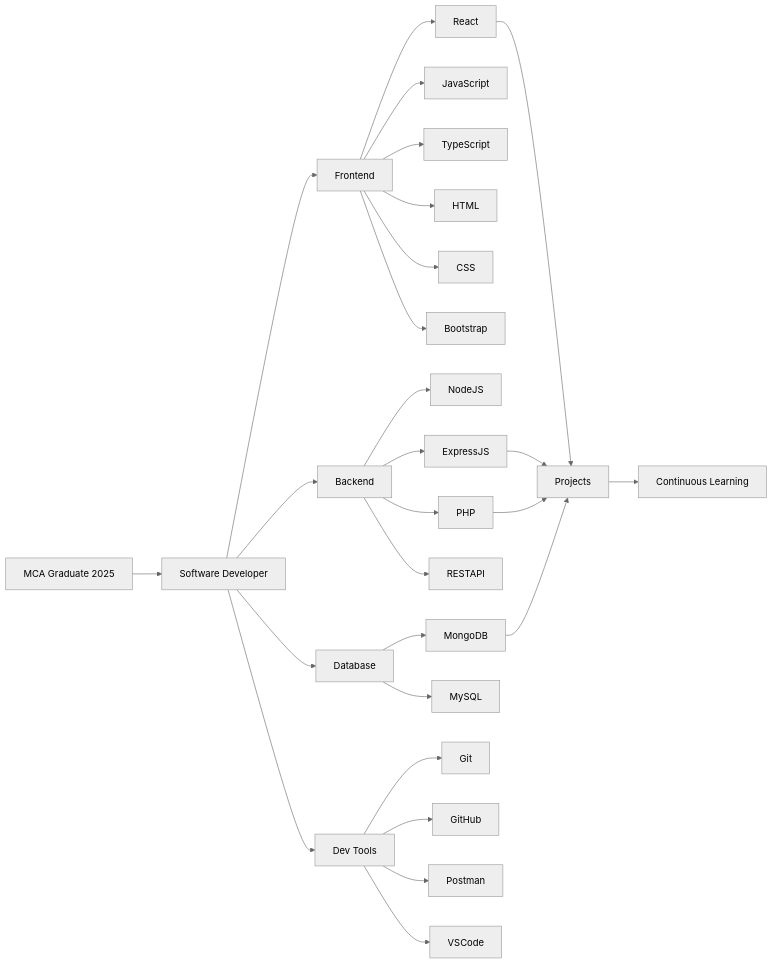
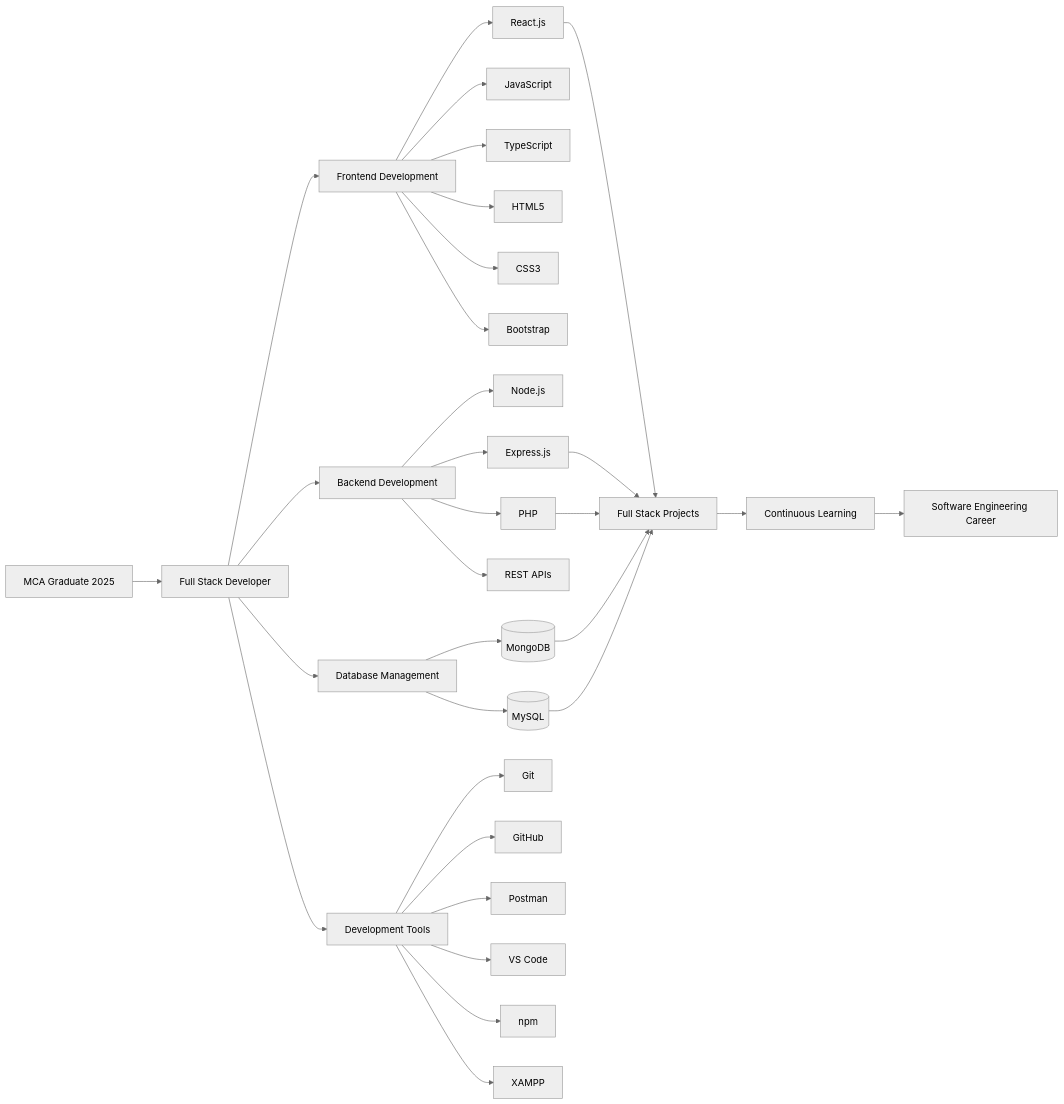
Before and after one commit to Ravneet-project/Ravneet-project: the first of 10 diagrams in README.md, drawn with Mermaid (neutral theme). The commit also changed other lines of this file, not shown here.

````diff
--- a/README.md
+++ b/README.md
@@ -9,39 +20,41 @@
 ```mermaid
 flowchart LR
 
-A[MCA Graduate 2025]
+    A[MCA Graduate 2025] --> B[Full Stack Developer]
 
-A --> B[Software Developer]
+    B --> C[Frontend Development]
+    B --> D[Backend Development]
+    B --> E[Database Management]
+    B --> F[Development Tools]
 
-B --> C[Frontend]
-B --> D[Backend]
-B --> E[Database]
-B --> F[Dev Tools]
+    C --> C1[React.js]
+    C --> C2[JavaScript]
+    C --> C3[TypeScript]
+    C --> C4[HTML5]
+    C --> C5[CSS3]
+    C --> C6[Bootstrap]
 
-C --> React
-C --> JavaScript
-C --> TypeScript
-C --> HTML
-C --> CSS
-C --> Bootstrap
+    D --> D1[Node.js]
+    D --> D2[Express.js]
+    D --> D3[PHP]
+    D --> D4[REST APIs]
 
-D --> NodeJS
-D --> ExpressJS
-D --> PHP
-D --> RESTAPI
+    E --> E1[(MongoDB)]
+    E --> E2[(MySQL)]
 
-E --> MongoDB
-E --> MySQL
+    F --> F1[Git]
+    F --> F2[GitHub]
+    F --> F3[Postman]
+    F --> F4[VS Code]
+    F --> F5[npm]
+    F --> F6[XAMPP]
 
-F --> Git
-F --> GitHub
-F --> Postman
-F --> VSCode
+    C1 --> G[Full Stack Projects]
+    D2 --> G
+    D3 --> G
+    E1 --> G
+    E2 --> G
 
-React --> Projects
-ExpressJS --> Projects
-MongoDB --> Projects
-PHP --> Projects
-
-Projects --> Growth[Continuous Learning]
+    G --> H[Continuous Learning]
+    H --> I[Software Engineering Career]
 ```
````
